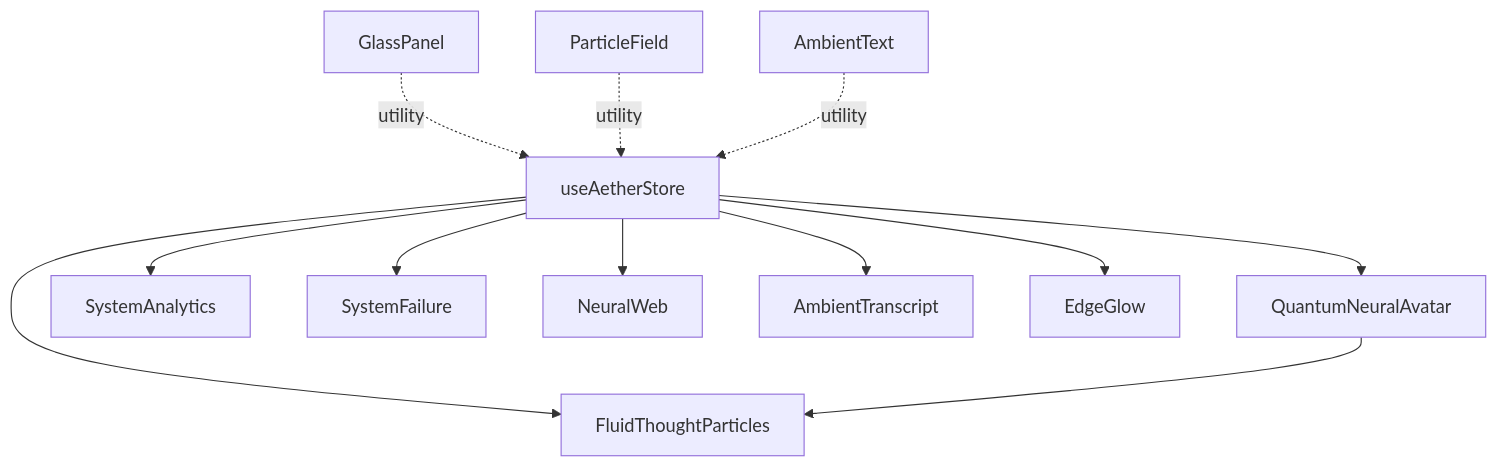
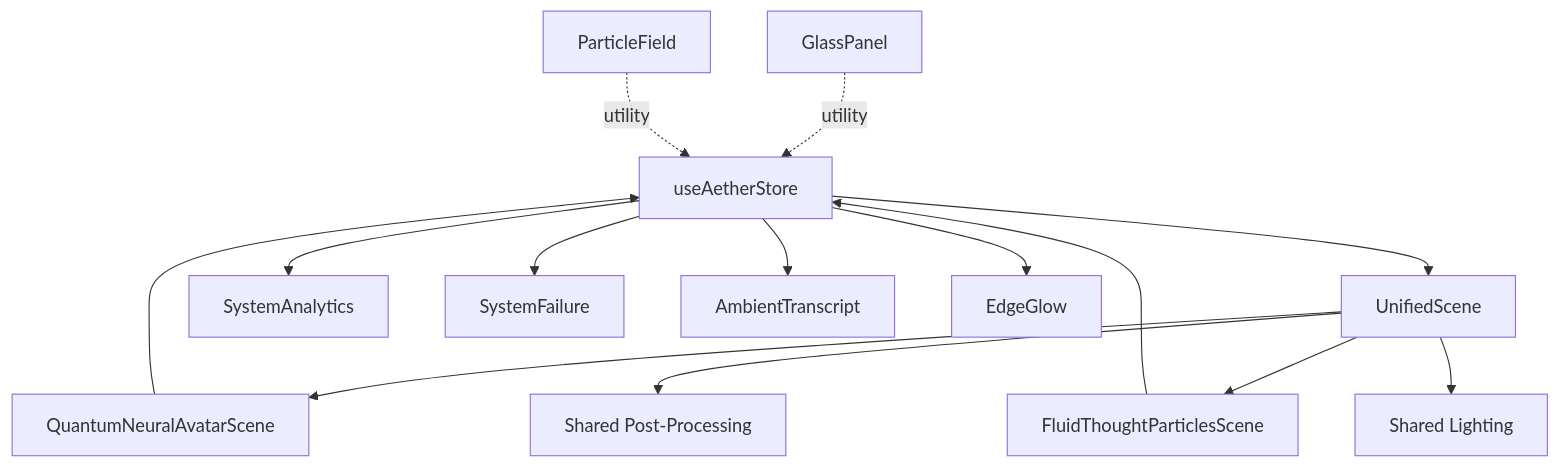
One commit to Moeabdelaziz007/Aether-Voice-OS changed the ninth of 9 diagrams in .qoder/repowiki/en/content/Frontend Application/Visual Interface Components/Visual Interface Components.md. Above: the diagram before and after it, drawn with Mermaid. The commit also changed other lines of this file and 29 other files, not shown here.

````diff
--- a/.qoder/repowiki/en/content/Frontend Application/Visual Interface Components/Visual Interface Components.md
+++ b/.qoder/repowiki/en/content/Frontend Application/Visual Interface Components/Visual Interface Components.md
@@ -458,14 +395,16 @@
 ```mermaid
 graph TB
-ST["useAetherStore"] --> QNA["QuantumNeuralAvatar"]
-ST --> FTP["FluidThoughtParticles"]
+ST["useAetherStore"] --> US["UnifiedScene"]
 ST --> SA["SystemAnalytics"]
 ST --> SF["SystemFailure"]
-ST --> NW["NeuralWeb"]
 ST --> AT["AmbientTranscript"]
 ST --> EG["EdgeGlow"]
 GP["GlassPanel"] -.->|"utility"| ST
 PF["ParticleField"] -.->|"utility"| ST
-AMB["AmbientText"] -.->|"utility"| ST
-QNA --> FTP
+US --> QNAS["QuantumNeuralAvatarScene"]
+US --> FTPS["FluidThoughtParticlesScene"]
+US --> PP["Shared Post-Processing"]
+US --> SL["Shared Lighting"]
+QNAS --> ST
+FTPS --> ST
 ```
````
